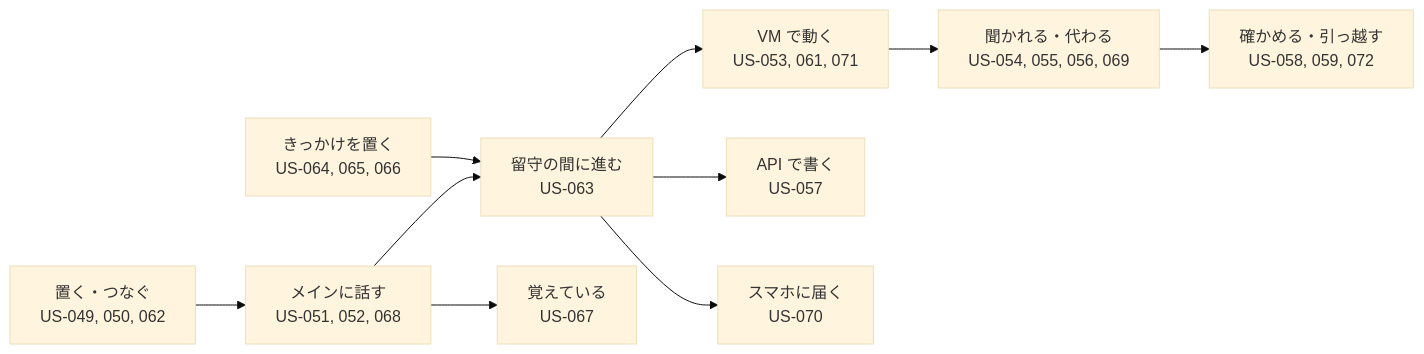
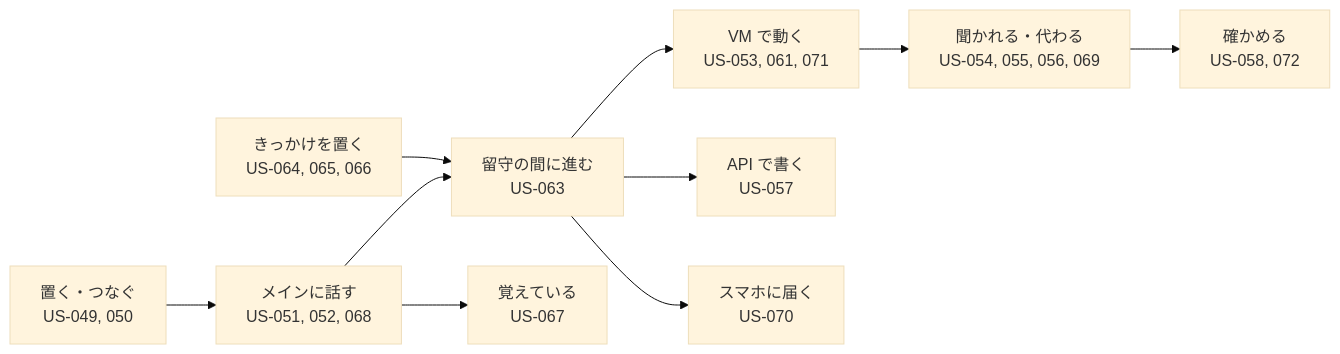
Before and after one commit to itiwoja/agent-team: the diagram in docs/design/02_user_stories.md, drawn with Mermaid (base theme). The commit also changed other lines of this file and 34 other files, not shown here.

````diff
--- a/docs/design/02_user_stories.md
+++ b/docs/design/02_user_stories.md
@@ -13,12 +13,12 @@
 ```mermaid
 flowchart LR
- A["置く・つなぐ<br/>US-049, 050, 062"] --> B["メインに話す<br/>US-051, 052, 068"]
+ A["置く・つなぐ<br/>US-049, 050"] --> B["メインに話す<br/>US-051, 052, 068"]
  T["きっかけを置く<br/>US-064, 065, 066"] --> R["留守の間に進む<br/>US-063"]
  B --> R
  R --> C["VM で動く<br/>US-053, 061, 071"]
  C --> D["聞かれる・代わる<br/>US-054, 055, 056, 069"]
  R --> E["API で書く<br/>US-057"]
  R --> N["スマホに届く<br/>US-070"]
  B --> M["覚えている<br/>US-067"]
- D --> F["確かめる・引っ越す<br/>US-058, 059, 072"]
+ D --> F["確かめる<br/>US-058, 072"]
 ```
````
